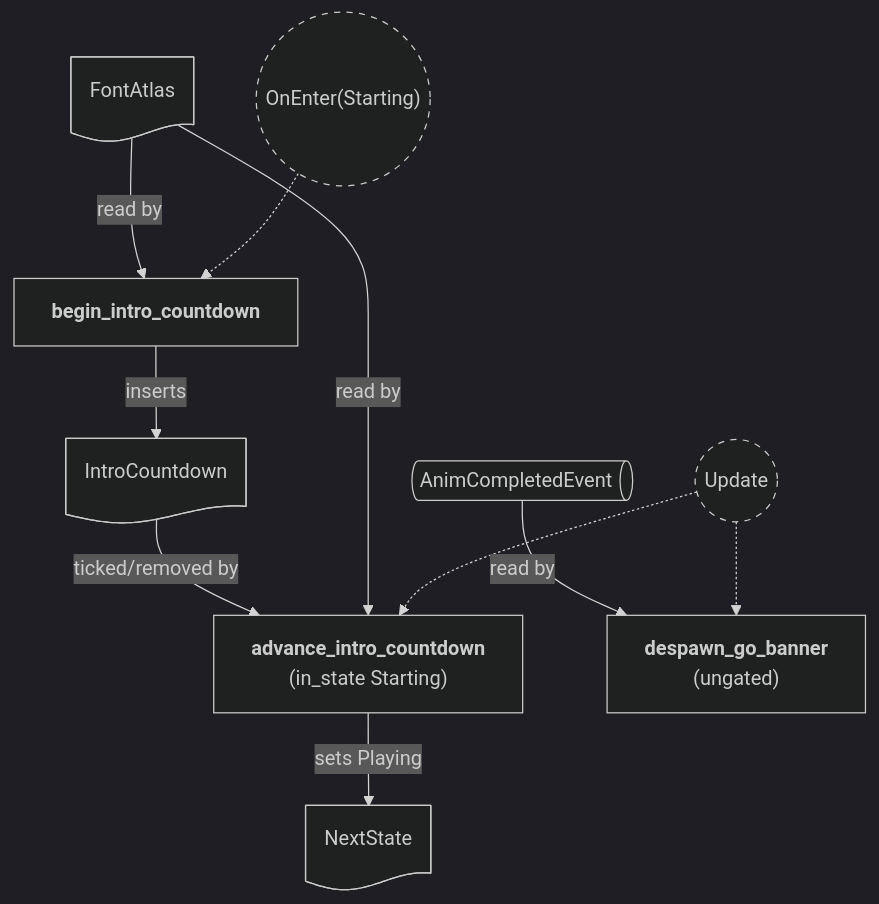
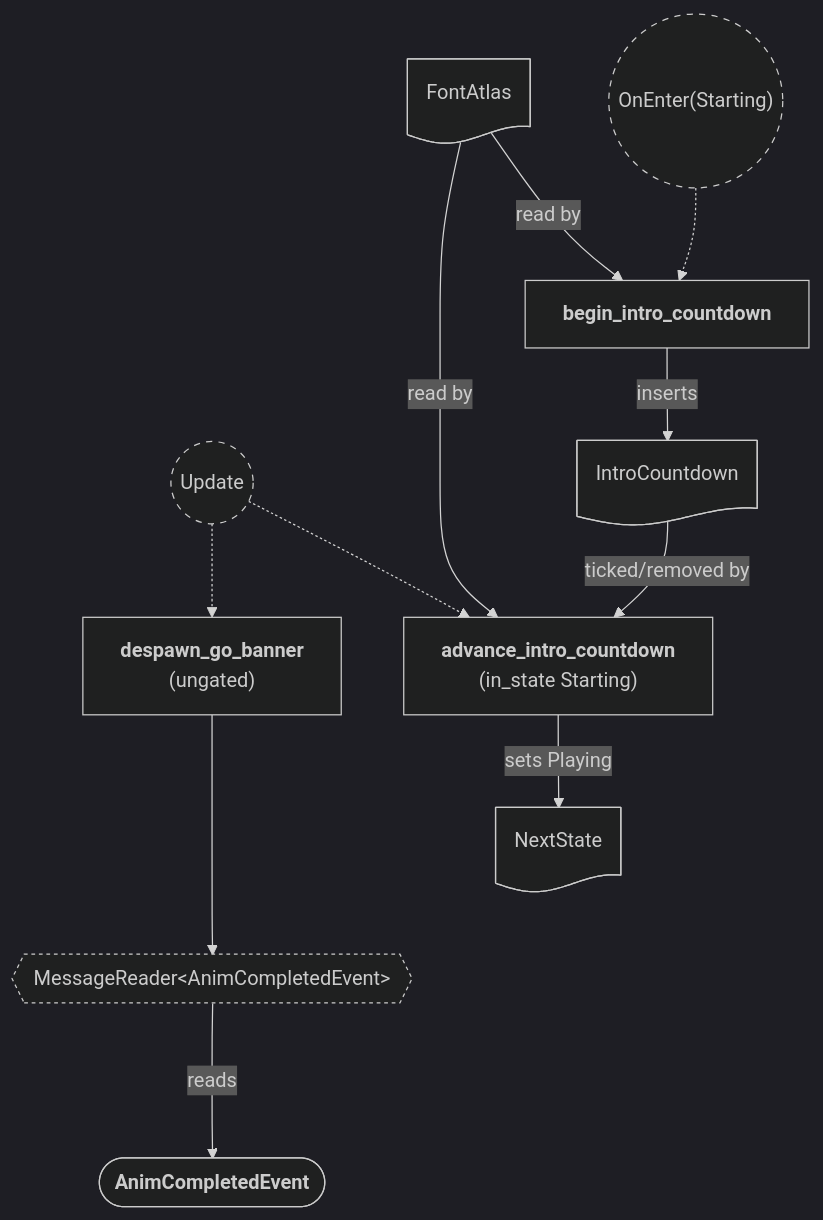
One commit to neurosoup/tyled changed the diagram in backlog/docs/doc-16 - 014-Overlay-plugin.md. Above: the diagram before and after it, drawn with Mermaid. The commit also changed other lines of this file and 5 other files, not shown here.

Commit message:
Docs: add outcome submodule doc, title-only cross-refs, and MessageReader CRUD pattern

````diff
--- a/backlog/docs/doc-16 - 014-Overlay-plugin.md
+++ b/backlog/docs/doc-16 - 014-Overlay-plugin.md
@@ -62,34 +62,38 @@
 ```mermaid
 ---
 config:
   theme: dark
 ---
 
 flowchart TD
 classDef system-group stroke-dasharray: 5 5
+classDef reader stroke-dasharray: 3 3
 
 on_starting(("`OnEnter(Starting)`")):::system-group
 update(("`Update`")):::system-group
 
 begin["`**begin_intro_countdown**`"]
 advance["`**advance_intro_countdown**
 (in_state Starting)`"]
 despawn["`**despawn_go_banner**
 (ungated)`"]
 
 on_starting -.-> begin
 update -.-> advance
 update -.-> despawn
 
 font_res@{ shape: doc, label: "FontAtlas" }
 intro_res@{ shape: doc, label: "IntroCountdown" }
 next_state@{ shape: doc, label: "NextState<RoundPhase>" }
-anim_msg@{ shape: das, label: "AnimCompletedEvent" }
+
+despawn_reader{{"MessageReader#60;AnimCompletedEvent#62;"}}:::reader
+anim_message(["`**AnimCompletedEvent**`"])
 
 font_res --> |read by| begin
 begin --> |inserts| intro_res
 font_res --> |read by| advance
 intro_res --> |ticked/removed by| advance
 advance --> |sets Playing| next_state
-anim_msg --> |read by| despawn
+despawn ---> despawn_reader
+despawn_reader ---> |reads| anim_message
 ```
````
